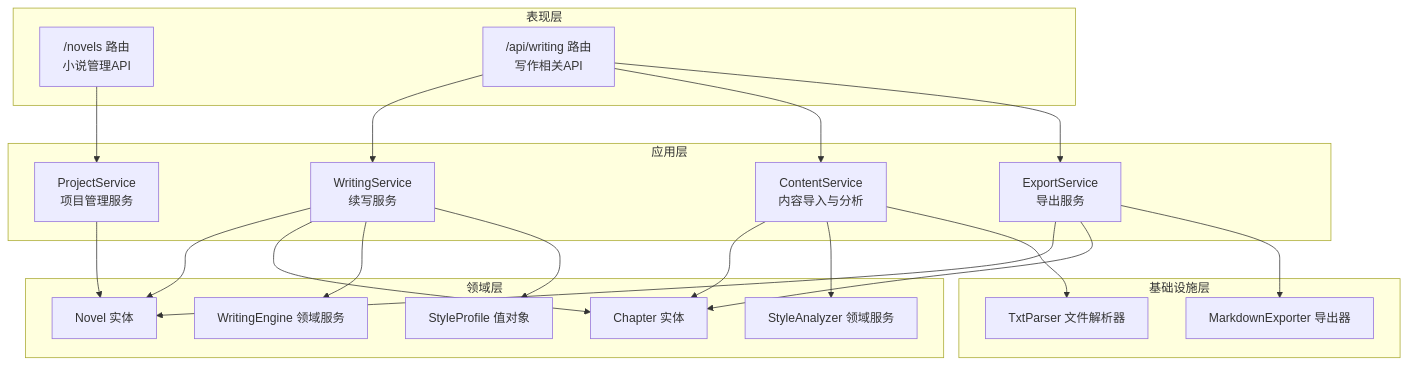
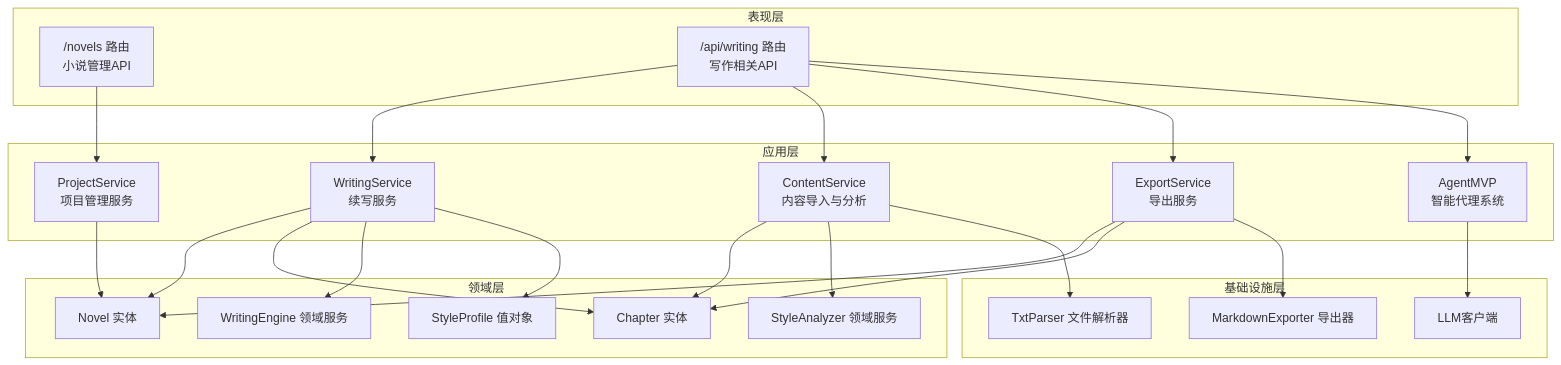
Before and after one commit to octsfm/InkTrace: the first of 8 diagrams in .qoder/repowiki/zh/content/核心功能模块/核心功能模块.md, drawn with Mermaid. The commit also changed other lines of this file and 25 other files, not shown here.

````diff
--- a/.qoder/repowiki/zh/content/核心功能模块/核心功能模块.md
+++ b/.qoder/repowiki/zh/content/核心功能模块/核心功能模块.md
@@ -40,39 +53,43 @@
 ```mermaid
 graph TB
 subgraph "表现层"
 R_N["/novels 路由<br/>小说管理API"]
 R_W["/api/writing 路由<br/>写作相关API"]
 end
 subgraph "应用层"
 S_Proj["ProjectService<br/>项目管理服务"]
 S_Write["WritingService<br/>续写服务"]
 S_Content["ContentService<br/>内容导入与分析"]
 S_Export["ExportService<br/>导出服务"]
+S_MVP["AgentMVP<br/>智能代理系统"]
 end
 subgraph "领域层"
 E_Novel["Novel 实体"]
 E_Chapter["Chapter 实体"]
 VO_Style["StyleProfile 值对象"]
 D_WriteEng["WritingEngine 领域服务"]
 D_StyleAna["StyleAnalyzer 领域服务"]
 end
 subgraph "基础设施层"
 F_TXT["TxtParser 文件解析器"]
 F_MD["MarkdownExporter 导出器"]
+F_LLM["LLM客户端"]
 end
 R_N --> S_Proj
 R_W --> S_Write
 R_W --> S_Content
 R_W --> S_Export
+R_W --> S_MVP
 S_Proj --> E_Novel
 S_Write --> E_Novel
 S_Write --> E_Chapter
 S_Write --> D_WriteEng
 S_Write --> VO_Style
 S_Content --> E_Chapter
 S_Content --> D_StyleAna
 S_Content --> F_TXT
 S_Export --> E_Novel
 S_Export --> E_Chapter
 S_Export --> F_MD
+S_MVP --> F_LLM
 ```
````
